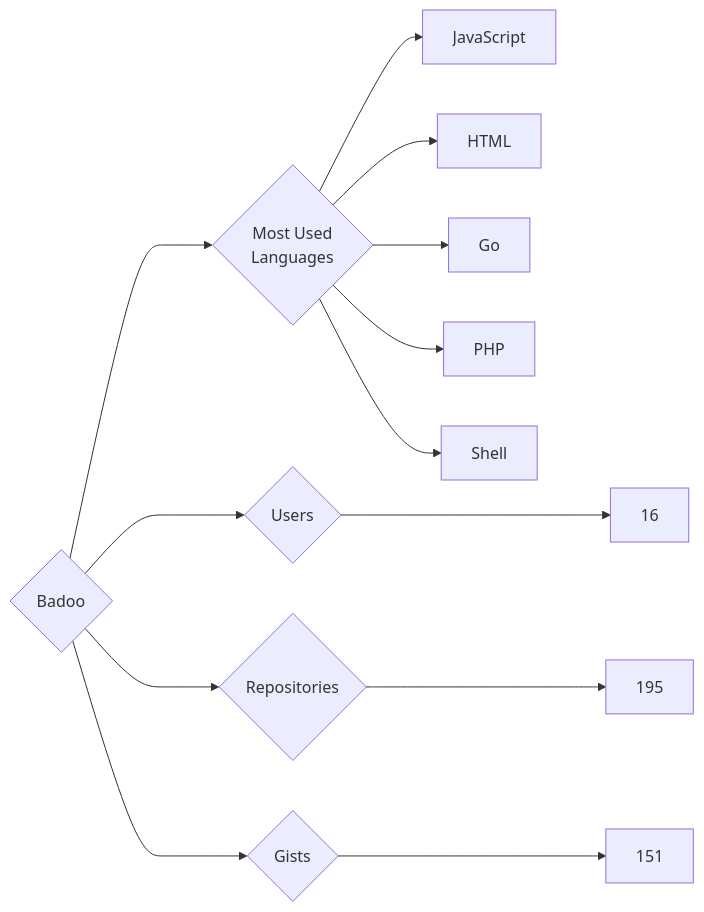
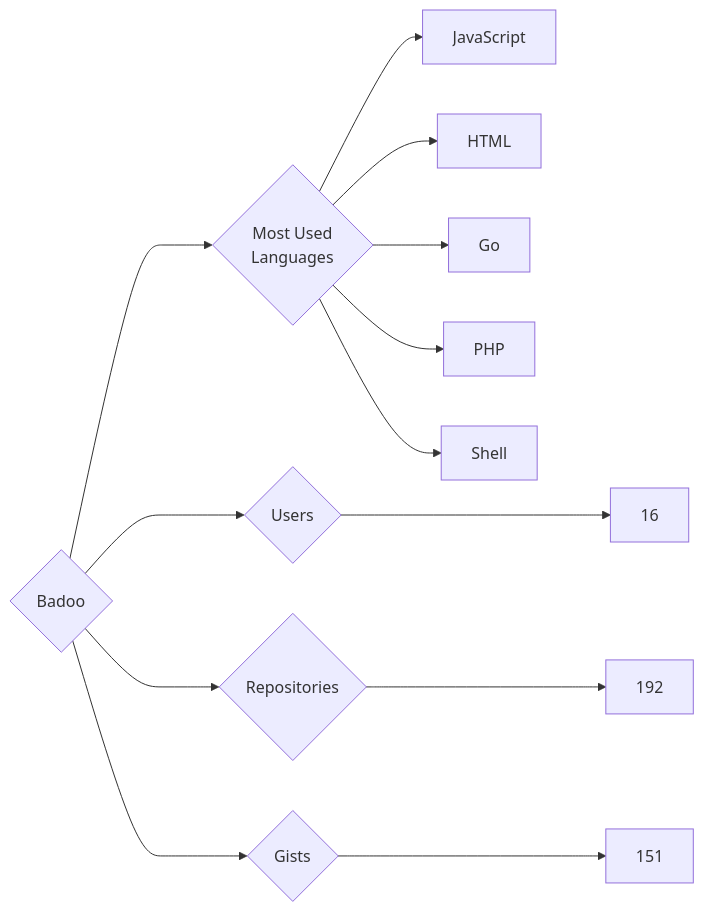
The diagram in targets/Badoo/README.md (trickest/insiders), drawn with Mermaid before and after one commit. The commit also changed 757 other files, not shown here.

````diff
--- a/targets/Badoo/README.md
+++ b/targets/Badoo/README.md
@@ -3,13 +3,13 @@
 ```mermaid
 graph LR
 COMPANY_NAME{Badoo}
 COMPANY_NAME ---> U{Users} ---> UN[16]
-COMPANY_NAME ---> R{Repositories} ---> RN[195]
+COMPANY_NAME ---> R{Repositories} ---> RN[192]
 COMPANY_NAME ---> G{Gists} ---> GN[151]
 COMPANY_NAME ---> ML{Most Used<br>Languages}
 ML --> JavaScript[JavaScript]
 ML --> HTML[HTML]
 ML --> Go[Go]
 ML --> PHP[PHP]
 ML --> Shell[Shell]
 ```
````
